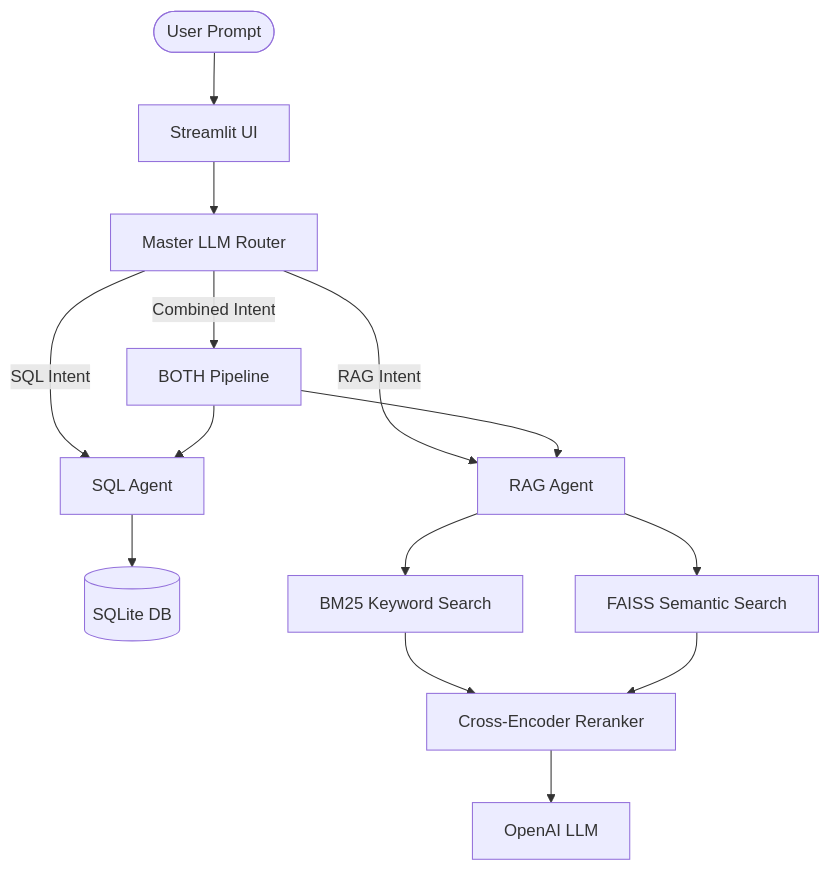
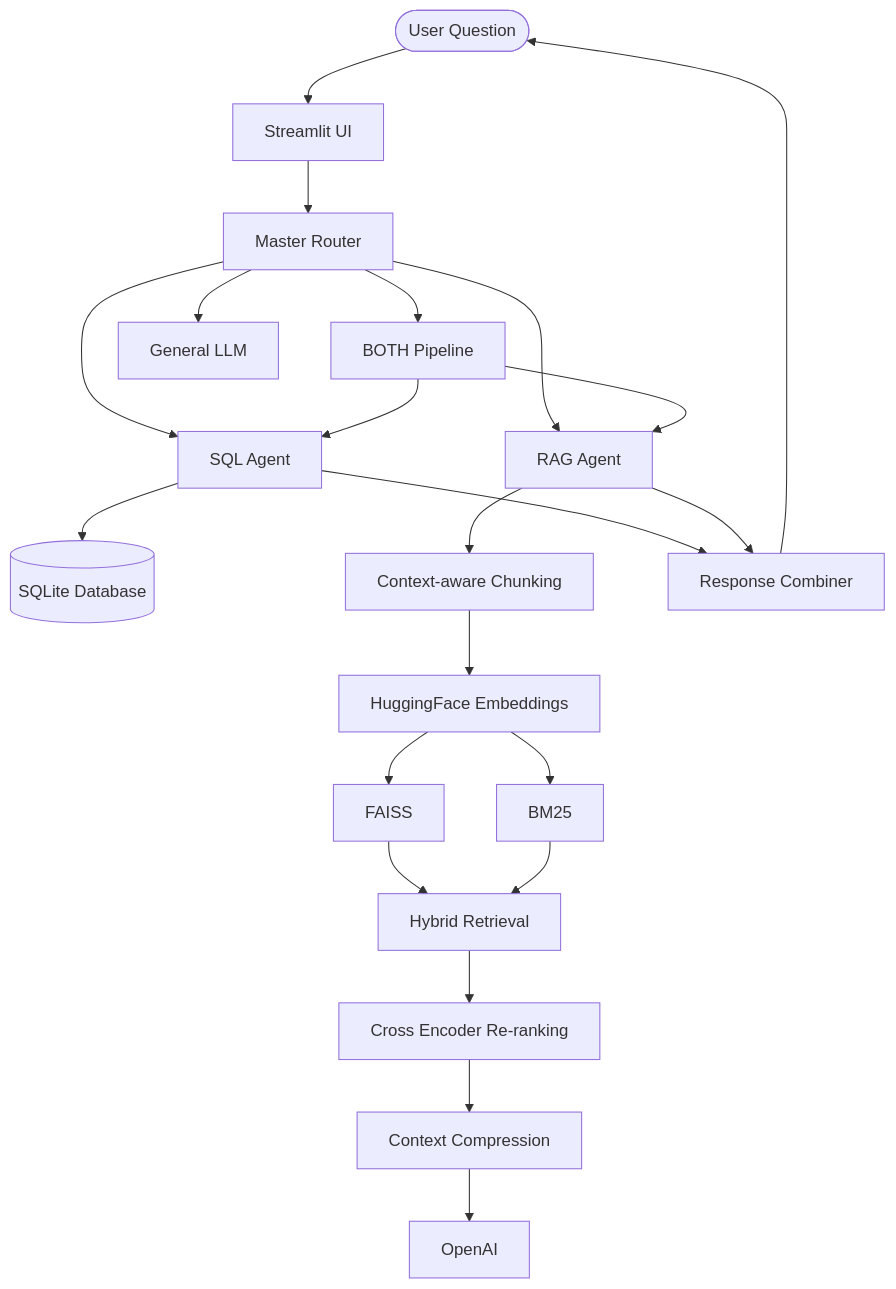
The diagram in README.md (adityaj150/sql_agent), drawn with Mermaid before and after one commit. The commit also changed other lines of this file, not shown here.

````diff
--- a/README.md
+++ b/README.md
@@ -21,20 +96,32 @@
 ```mermaid
 graph TD
-    User([User Prompt]) --> UI[Streamlit UI]
-    UI --> Router[Master LLM Router]
-    
-    Router -- "SQL Intent" --> SQL[SQL Agent]
-    Router -- "RAG Intent" --> RAG[RAG Agent]
-    Router -- "Combined Intent" --> Both[BOTH Pipeline]
-    
-    SQL --> DB[(SQLite DB)]
-    
-    RAG --> BM25[BM25 Keyword Search]
-    RAG --> FAISS[FAISS Semantic Search]
-    BM25 --> Rerank[Cross-Encoder Reranker]
-    FAISS --> Rerank
-    Rerank --> LLM[OpenAI LLM]
-    
-    Both --> SQL
-    Both --> RAG
+
+User([User Question])
+
+User --> UI[Streamlit UI]
+
+UI --> Router[Master Router]
+
+Router --> SQLAgent[SQL Agent]
+Router --> RAGAgent[RAG Agent]
+Router --> BOTH[BOTH Pipeline]
+Router --> General[General LLM]
+
+SQLAgent --> SQLite[(SQLite Database)]
+
+RAGAgent --> Chunking[Context-aware Chunking]
+Chunking --> Embeddings[HuggingFace Embeddings]
+Embeddings --> FAISS[FAISS]
+Embeddings --> BM25[BM25]
+FAISS --> Hybrid[Hybrid Retrieval]
+BM25 --> Hybrid
+Hybrid --> CrossEncoder[Cross Encoder Re-ranking]
+CrossEncoder --> Compression[Context Compression]
+Compression --> LLM[OpenAI]
+
+BOTH --> SQLAgent
+BOTH --> RAGAgent
+SQLAgent --> Combiner[Response Combiner]
+RAGAgent --> Combiner
+Combiner --> User
 ```
````
